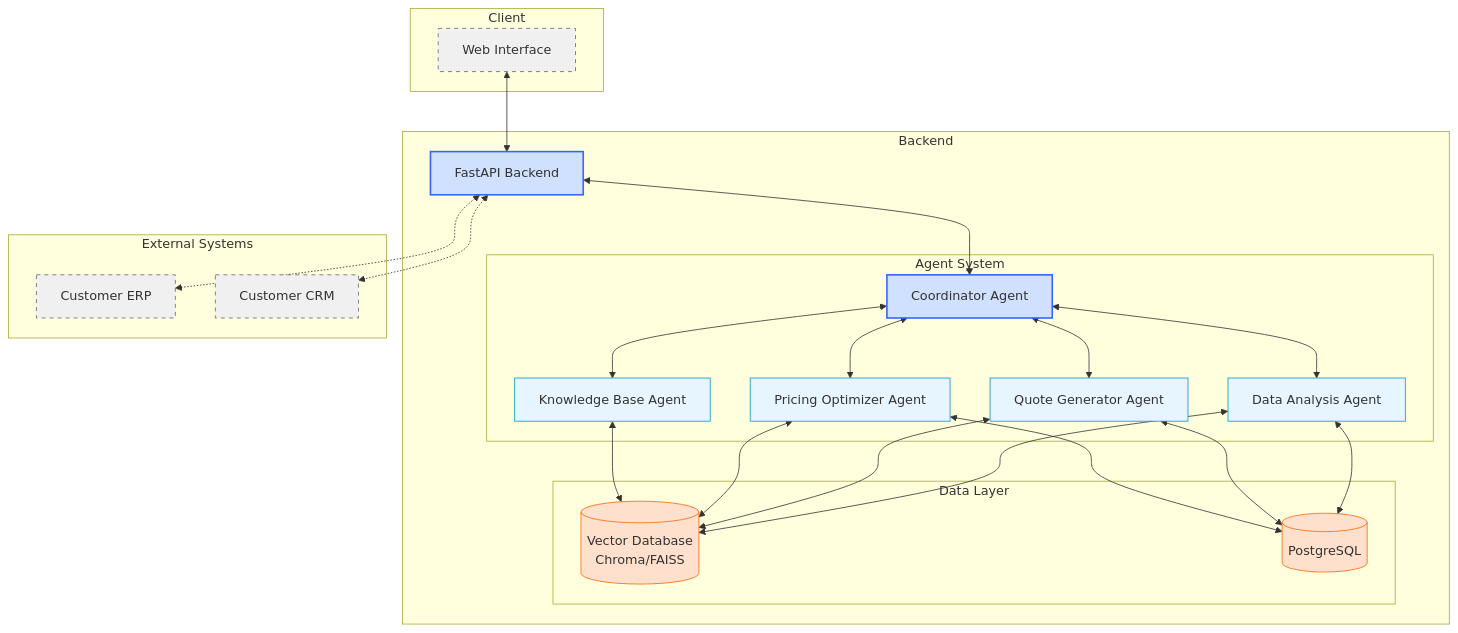
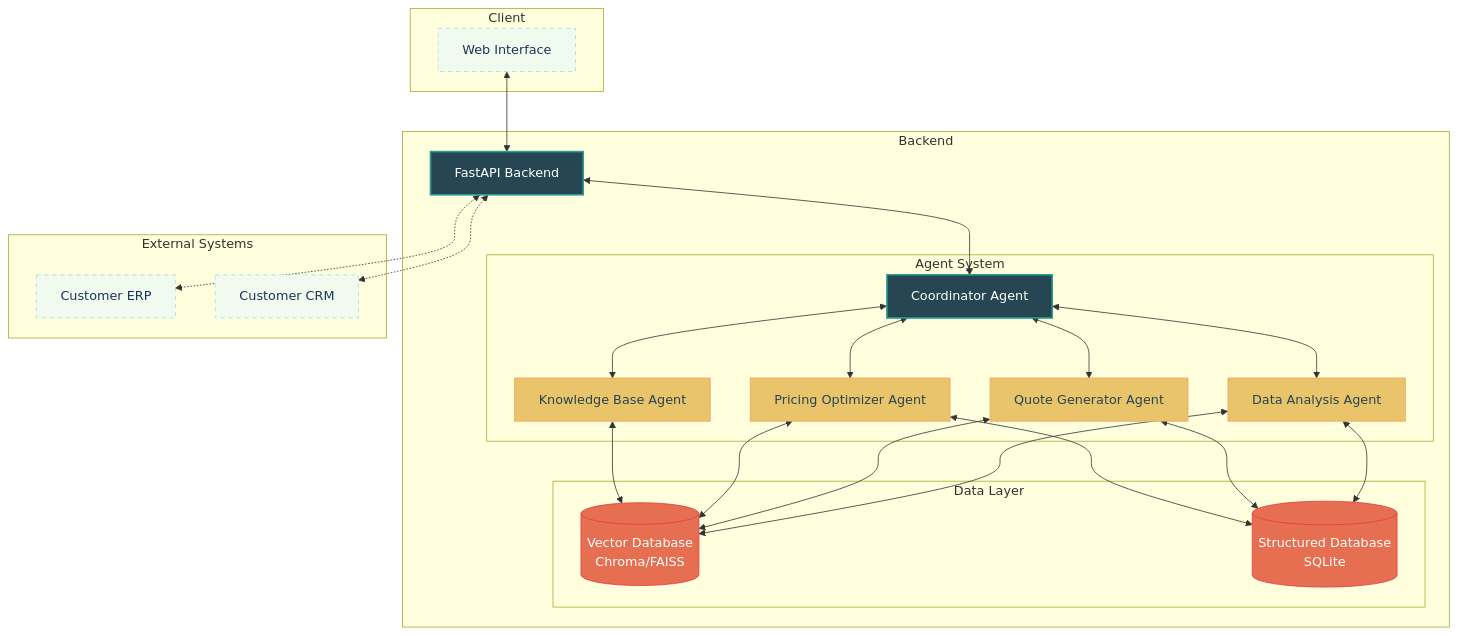
One commit to RW04/quotegenius changed the diagram in static/architecture-diagram.md. Above: the diagram before and after it, drawn with Mermaid.

Commit message:
Update architecture diagram

````diff
--- a/static/architecture-diagram.md
+++ b/static/architecture-diagram.md
@@ -1,57 +1,57 @@
 ```mermaid
 graph TB
     subgraph Client
         UI[Web Interface]
     end
     
     subgraph Backend
         API[FastAPI Backend]
         
         subgraph "Agent System"
             Coordinator[Coordinator Agent]
             DataAnalyst[Data Analysis Agent]
             QuoteGenerator[Quote Generator Agent]
             PricingOptimizer[Pricing Optimizer Agent]
             KnowledgeAgent[Knowledge Base Agent]
         end
         
         subgraph "Data Layer"
             VectorDB[(Vector Database<br>Chroma/FAISS)]
-            StructuredDB[(PostgreSQL)]
+            StructuredDB[(Structured Database<br>SQLite)]
         end
     end
     
     UI <--> API
     API <--> Coordinator
     
     Coordinator <--> DataAnalyst
     Coordinator <--> QuoteGenerator
     Coordinator <--> PricingOptimizer
     Coordinator <--> KnowledgeAgent
     
     DataAnalyst <--> VectorDB
     DataAnalyst <--> StructuredDB
     QuoteGenerator <--> VectorDB
     QuoteGenerator <--> StructuredDB
     PricingOptimizer <--> VectorDB
     PricingOptimizer <--> StructuredDB
     KnowledgeAgent <--> VectorDB
     
     subgraph "External Systems"
         ERP[Customer ERP]
         CRM[Customer CRM]
     end
     
     API <-.-> ERP
     API <-.-> CRM
     
-    classDef primary fill:#d0e0ff,stroke:#3366ff,stroke-width:2px;
-    classDef secondary fill:#e6f5ff,stroke:#0099cc,stroke-width:1px;
-    classDef storage fill:#ffe0cc,stroke:#ff6600,stroke-width:1px;
-    classDef external fill:#f0f0f0,stroke:#666666,stroke-width:1px,stroke-dasharray: 5 5;
+    classDef primary fill:#264653,stroke:#2a9d8f,stroke-width:2px,color:#ffffff;
+    classDef secondary fill:#e9c46a,stroke:#f4a261,stroke-width:1px,color:#264653;
+    classDef storage fill:#e76f51,stroke:#e63946,stroke-width:1px,color:#ffffff;
+    classDef external fill:#f1faee,stroke:#a8dadc,stroke-width:1px,color:#1d3557,stroke-dasharray: 5 5;
     
     class Coordinator,API primary;
     class DataAnalyst,QuoteGenerator,PricingOptimizer,KnowledgeAgent secondary;
     class VectorDB,StructuredDB storage;
     class ERP,CRM,UI external;
 ```
````
